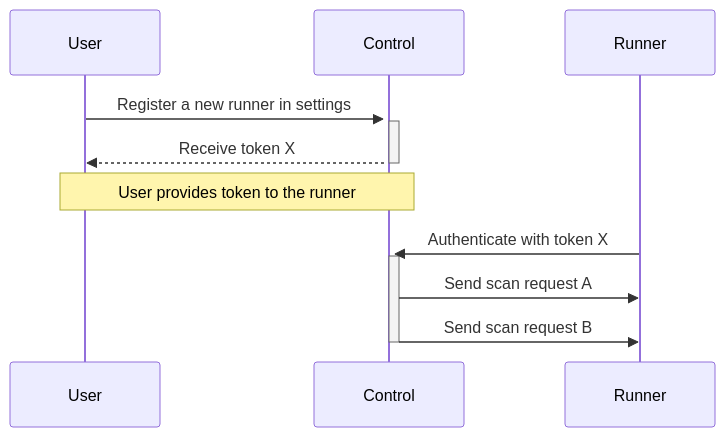
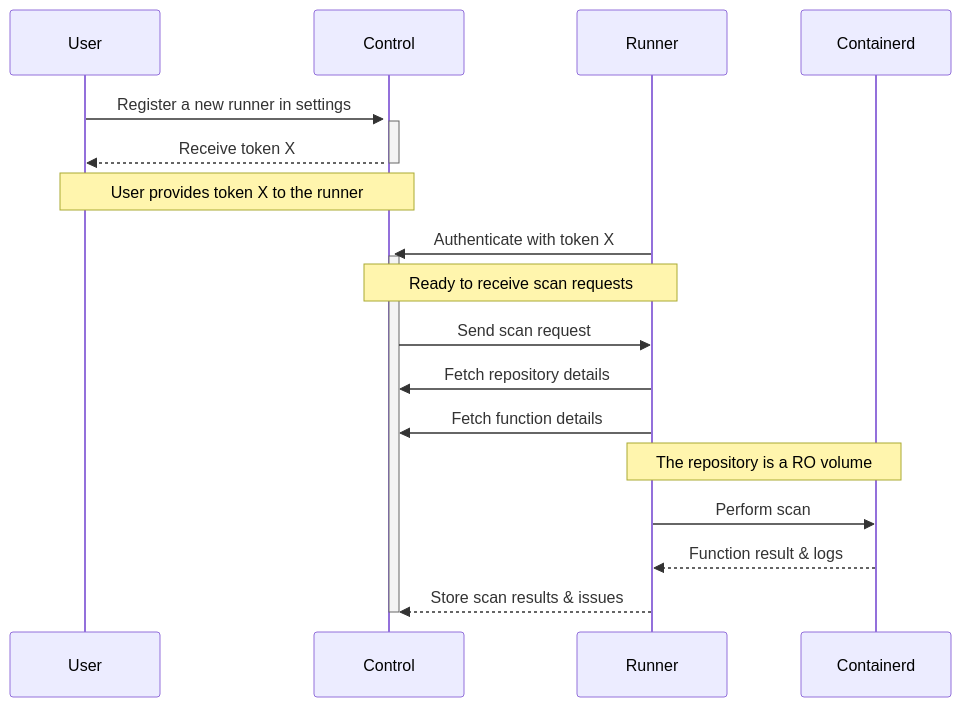
One commit to kongbytes/chicon-runner changed the diagram in README.md. Above: the diagram before and after it, drawn with Mermaid. The commit also changed other lines of this file, not shown here.

Commit message:
Technical documentation details

````diff
--- a/README.md
+++ b/README.md
@@ -46,16 +109,23 @@
 ```mermaid
 sequenceDiagram
     participant User
     participant Control
     participant Runner
+    participant Containerd
     User->>+Control: Register a new runner in settings
     activate Control
     Control-->>User: Receive token X
     deactivate Control
-    Note over User,Control: User provides token to the runner 
+    Note over User,Control: User provides token X to the runner 
     Runner->>Control: Authenticate with token X
     activate Control
-    Control->>Runner: Send scan request A 
-    Control->>Runner: Send scan request B
+    Note over Control,Runner: Ready to receive scan requests
+    Control->>Runner: Send scan request
+    Runner->>Control: Fetch repository details
+    Runner->>Control: Fetch function details
+    Note over Runner,Containerd: The repository is a RO volume
+    Runner->>Containerd: Perform scan
+    Containerd-->>Runner: Function result & logs
+    Runner-->>Control: Store scan results & issues
     deactivate Control
 ```
````
